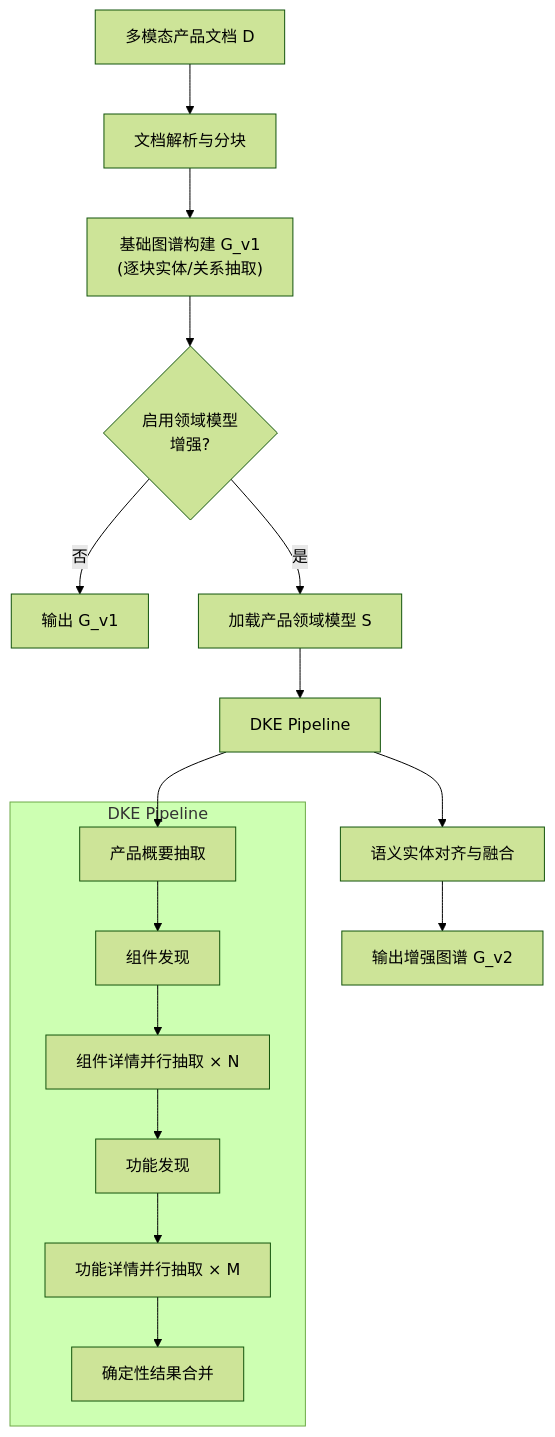
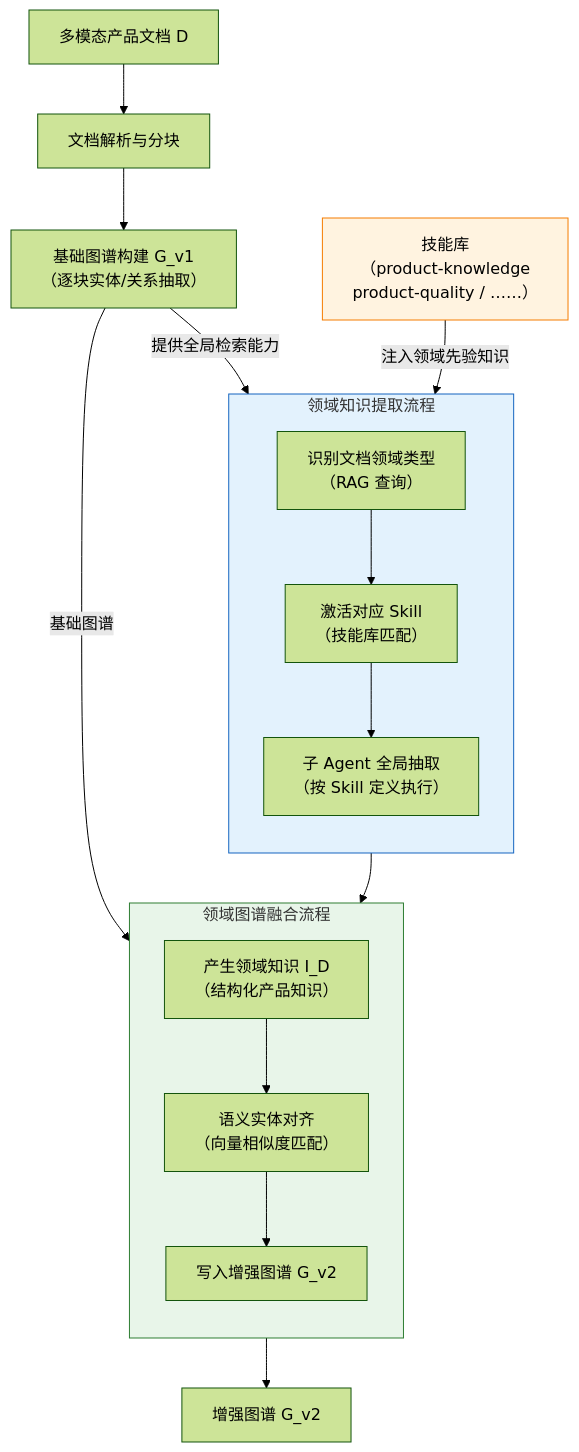
Before and after one commit to chuansuo12/RAG-Anything: the first of 6 diagrams in docs/chapter3_schema_driven_kg_enhancement.md, drawn with Mermaid (forest theme). The commit also changed other lines of this file and 35 other files, not shown here.

Commit message:
feat: enhance domain knowledge extraction capabilities by integrating DomainKnowledgeExtractionAgent, updating API endpoints, and improving front-end interactions for structured knowledge retrieval

````diff
--- a/docs/chapter3_schema_driven_kg_enhancement.md
+++ b/docs/chapter3_schema_driven_kg_enhancement.md
@@ -51,21 +9,33 @@
 ```mermaid
-flowchart TD
+flowchart TB
     A["多模态产品文档 D"] --> B["文档解析与分块"]
-    B --> C["基础图谱构建 G_v1<br/>(逐块实体/关系抽取)"]
-    C --> D{"启用领域模型<br/>增强?"}
-    D -- 否 --> E["输出 G_v1"]
-    D -- 是 --> F["加载产品领域模型 S"]
-    F --> G["DKE Pipeline"]
-    G --> H["语义实体对齐与融合"]
-    H --> I["输出增强图谱 G_v2"]
+    B --> C["基础图谱构建 G_v1\n（逐块实体/关系抽取）"]
 
-    subgraph DKE Pipeline
-        G1["产品概要抽取"] --> G2["组件发现"]
-        G2 --> G3["组件详情并行抽取 × N"]
-        G3 --> G4["功能发现"]
-        G4 --> G5["功能详情并行抽取 × M"]
-        G5 --> G6["确定性结果合并"]
+    subgraph Sub1["领域知识提取流程"]
+        direction TB
+        D1["识别文档领域类型\n（RAG 查询）"]
+        D2["激活对应 Skill\n（技能库匹配）"]
+        D3["子 Agent 全局抽取\n（按 Skill 定义执行）"]
+        D1 --> D2 --> D3
     end
 
-    G --> G1
+    subgraph Sub2["领域图谱融合流程"]
+        direction TB
+        F1["产生领域知识 I_D\n（结构化产品知识）"]
+        F2["语义实体对齐\n（向量相似度匹配）"]
+        F3["写入增强图谱 G_v2"]
+        F1 --> F2 --> F3
+    end
+
+    SK["技能库\n（product-knowledge\nproduct-quality / ……）"]
+
+    C -->|"提供全局检索能力"| Sub1
+    SK -->|"注入领域先验知识"| D2
+    Sub1 --> F1
+    C -->|"基础图谱"| F2
+    F3 --> G["增强图谱 G_v2"]
+
+    style Sub1 fill:#e3f2fd,stroke:#1565c0
+    style Sub2 fill:#e8f5e9,stroke:#2e7d32
+    style SK fill:#fff3e0,stroke:#f57c00
 ```
````
